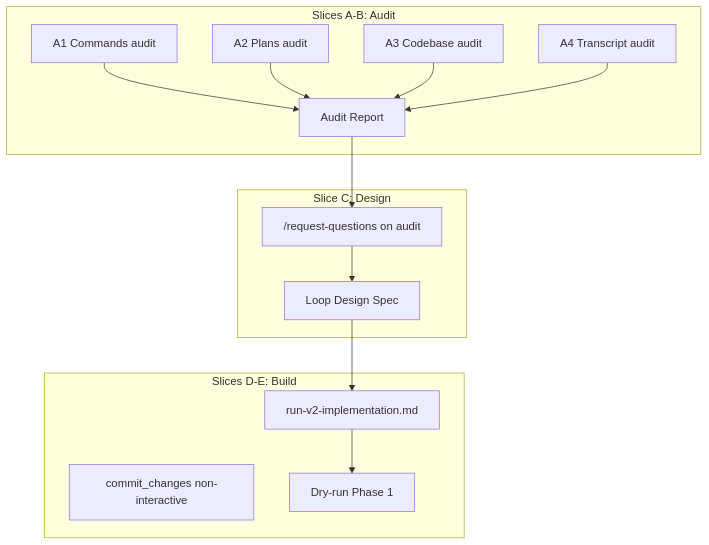
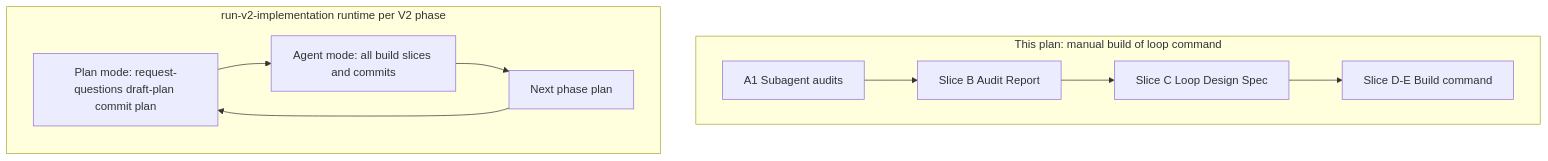
One commit to nerryschwartz/calendar_backend changed the diagram in docs/plans/v2_implementation_loop_command.md. Above: the diagram before and after it, drawn with Mermaid. The commit also changed other lines of this file, not shown here.

First line of the commit message:
Revise loop command plan to limit request-questions to phase plan bootstrap.

````diff
--- a/docs/plans/v2_implementation_loop_command.md
+++ b/docs/plans/v2_implementation_loop_command.md
@@ -20,25 +21,17 @@
 ```mermaid
 flowchart TD
-    subgraph auditPhase [Slices A-B: Audit]
-        A1[A1 Commands audit]
-        A2[A2 Plans audit]
-        A3[A3 Codebase audit]
-        A4[A4 Transcript audit]
-        Synth[Audit Report]
-        A1 --> Synth
-        A2 --> Synth
-        A3 --> Synth
-        A4 --> Synth
+    subgraph metaPlan [This plan: manual build of loop command]
+        A1[A1 Subagent audits]
+        Synth[Slice B Audit Report]
+        Spec[Slice C Loop Design Spec]
+        Build[Slice D-E Build command]
+        A1 --> Synth --> Spec --> Build
     end
-    subgraph designPhase [Slice C: Design]
-        RQ["/request-questions on audit"]
-        Spec[Loop Design Spec]
-        Synth --> RQ --> Spec
-    end
-    subgraph buildPhase [Slices D-E: Build]
-        Cmd[run-v2-implementation.md]
-        Script[commit_changes non-interactive]
-        Dry[Dry-run Phase 1]
-        Spec --> Cmd --> Dry
+    subgraph runtimeLoop [run-v2-implementation runtime per V2 phase]
+        planBlock[Plan mode: request-questions draft-plan commit plan]
+        agentSlices[Agent mode: all build slices and commits]
+        nextPhase[Next phase plan]
+        planBlock --> agentSlices --> nextPhase
+        nextPhase --> planBlock
     end
 ```
````
